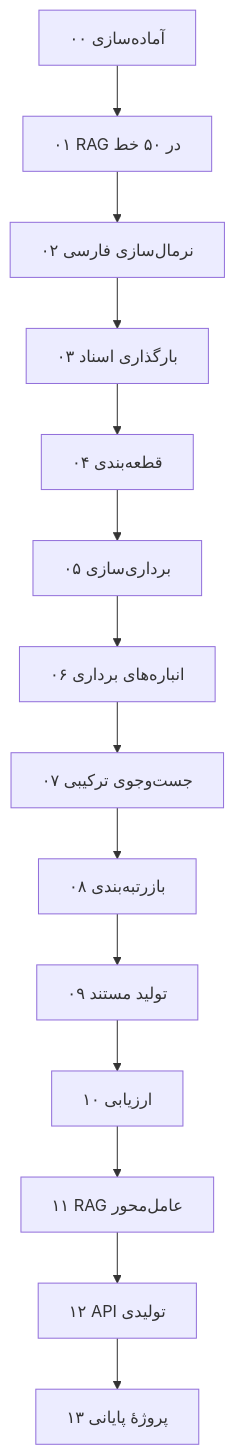
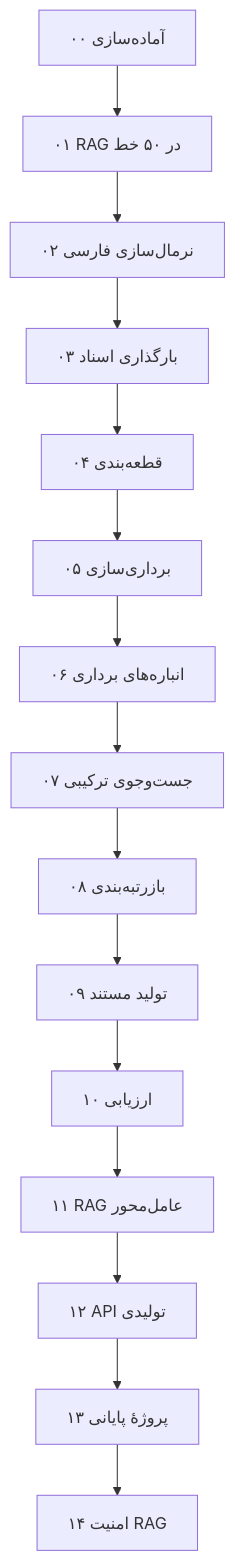
One commit to snikookar/Persian-RAG-Academy changed the diagram in docs/index.md. Above: the diagram before and after it, drawn with Mermaid. The commit also changed other lines of this file and 47 other files, not shown here.

````diff
--- a/docs/index.md
+++ b/docs/index.md
@@ -22,10 +22,11 @@
 ```mermaid
 flowchart TB
     L00["۰۰ آماده‌سازی"] --> L01["۰۱ RAG در ۵۰ خط"]
     L01 --> L02["۰۲ نرمال‌سازی فارسی"] --> L03["۰۳ بارگذاری اسناد"]
     L03 --> L04["۰۴ قطعه‌بندی"] --> L05["۰۵ برداری‌سازی"] --> L06["۰۶ انباره‌های برداری"]
     L06 --> L07["۰۷ جست‌وجوی ترکیبی"] --> L08["۰۸ بازرتبه‌بندی"]
     L08 --> L09["۰۹ تولید مستند"] --> L10["۱۰ ارزیابی"]
     L10 --> L11["۱۱ RAG عامل‌محور"] --> L12["۱۲ API تولیدی"]
     L12 --> L13["۱۳ پروژهٔ پایانی"]
+    L13 --> L14["۱۴ امنیت RAG"]
 ```
````
